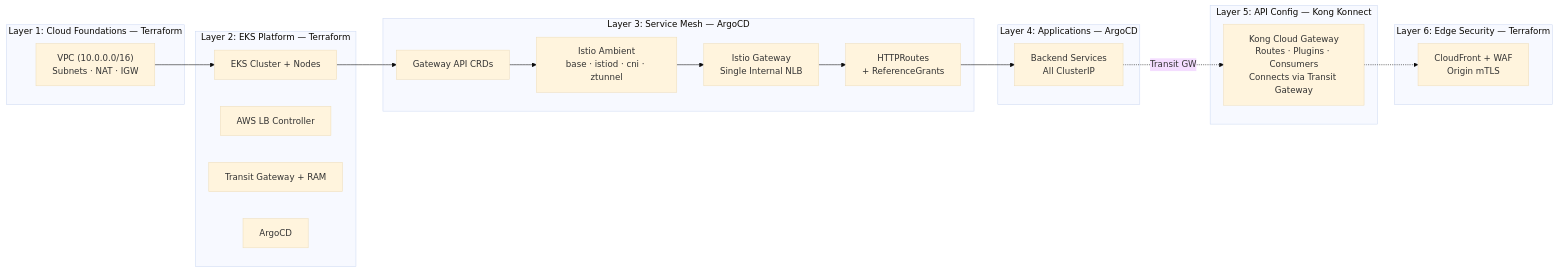
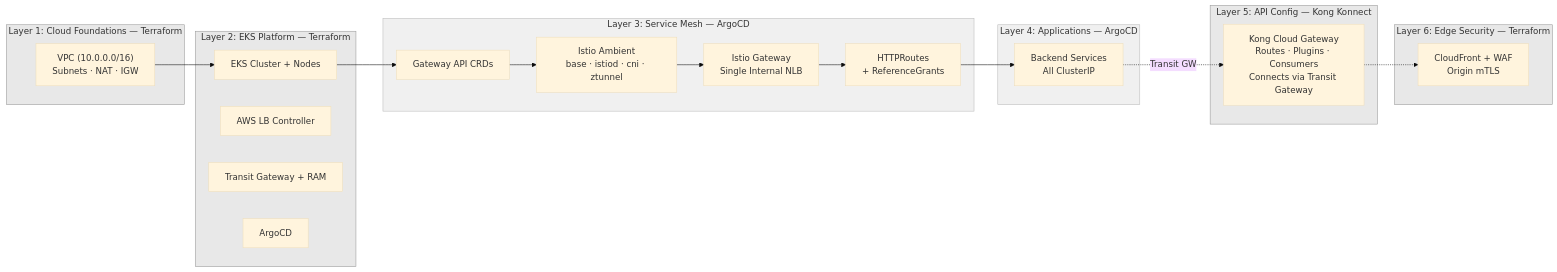
Before and after one commit to shanaka-versent/Kong-Konnect-Cloud-Gateway-on-EKS: the fourth of 4 diagrams in README.md, drawn with Mermaid (base theme). The commit also changed other lines of this file, not shown here.

First line of the commit message:
Change mermaid diagram subgraph backgrounds to light gray

````diff
--- a/README.md
+++ b/README.md
@@ -379,41 +398,48 @@
 ```mermaid
 graph LR
-    subgraph "Layer 1: Cloud Foundations — Terraform"
+    subgraph L1 ["Layer 1: Cloud Foundations — Terraform"]
         VPC["VPC (10.0.0.0/16)<br/>Subnets · NAT · IGW"]
     end
 
-    subgraph "Layer 2: EKS Platform — Terraform"
+    subgraph L2 ["Layer 2: EKS Platform — Terraform"]
         EKS[EKS Cluster + Nodes]
         LBC[AWS LB Controller]
         TGW2[Transit Gateway + RAM]
         ArgoCD2[ArgoCD]
     end
 
-    subgraph "Layer 3: Service Mesh — ArgoCD"
+    subgraph L3 ["Layer 3: Service Mesh — ArgoCD"]
         CRDs[Gateway API CRDs]
         Istio[Istio Ambient<br/>base · istiod · cni · ztunnel]
         GW[Istio Gateway<br/>Single Internal NLB]
         Routes[HTTPRoutes<br/>+ ReferenceGrants]
     end
 
-    subgraph "Layer 4: Applications — ArgoCD"
+    subgraph L4 ["Layer 4: Applications — ArgoCD"]
         Apps[Backend Services<br/>All ClusterIP]
     end
 
-    subgraph "Layer 5: API Config — Kong Konnect"
+    subgraph L5 ["Layer 5: API Config — Kong Konnect"]
         KongGW[Kong Cloud Gateway<br/>Routes · Plugins · Consumers<br/>Connects via Transit Gateway]
     end
 
-    subgraph "Layer 6: Edge Security — Terraform"
+    subgraph L6 ["Layer 6: Edge Security — Terraform"]
         CFront[CloudFront + WAF<br/>Origin mTLS]
     end
 
     VPC --> EKS
     EKS --> CRDs
     CRDs --> Istio
     Istio --> GW
     GW --> Routes
     Routes --> Apps
     Apps -.->|Transit GW| KongGW
     KongGW -.-> CFront
+
+    style L1 fill:#E8E8E8,stroke:#999,color:#333
+    style L2 fill:#E8E8E8,stroke:#999,color:#333
+    style L3 fill:#F0F0F0,stroke:#BBB,color:#333
+    style L4 fill:#F0F0F0,stroke:#BBB,color:#333
+    style L5 fill:#E8E8E8,stroke:#999,color:#333
+    style L6 fill:#E8E8E8,stroke:#999,color:#333
 ```
````
